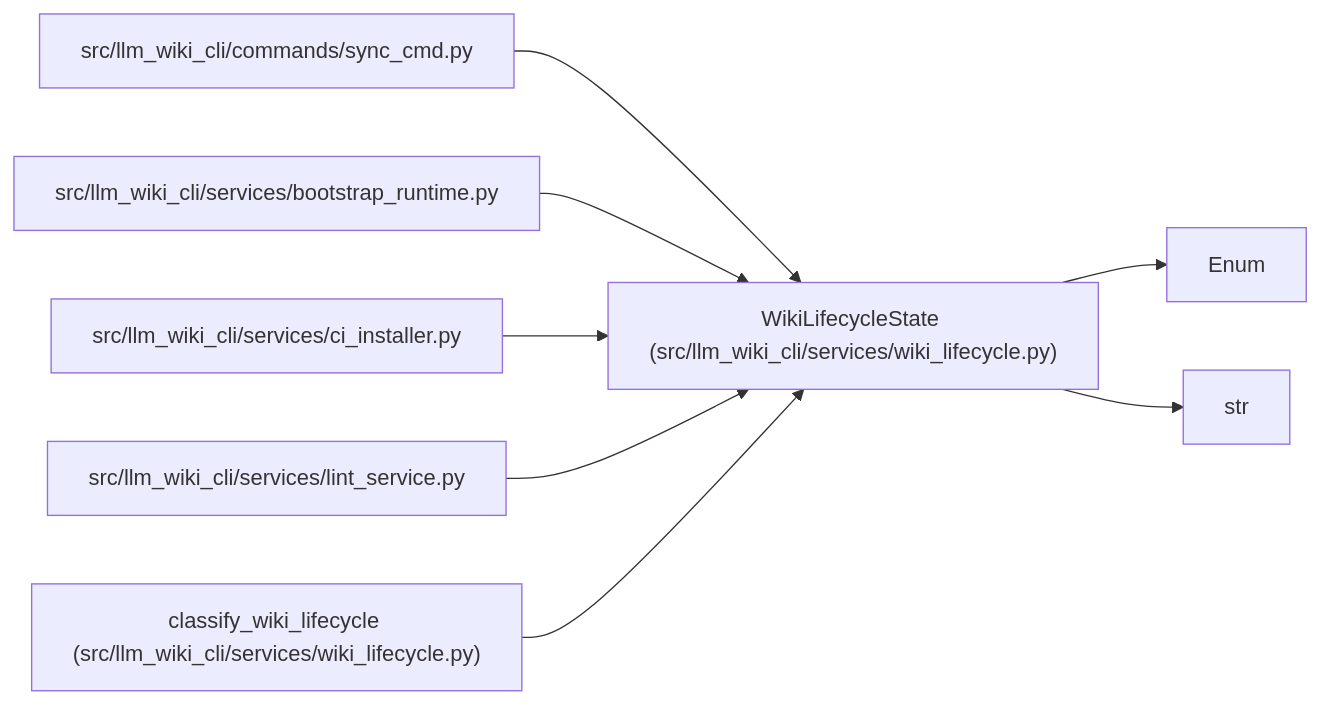
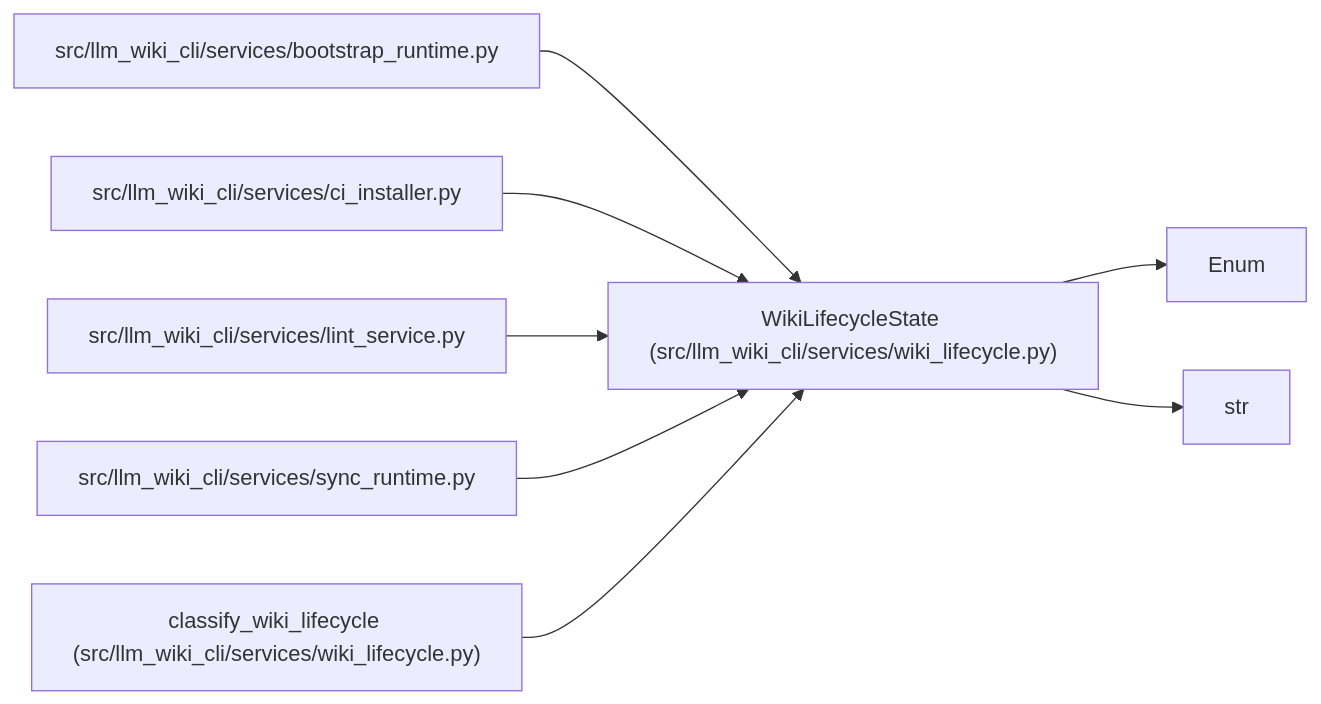
One commit to Denissvgn/python-wiki-llm changed the diagram in docs/llm_wiki/entities/WikiLifecycleState.md. Above: the diagram before and after it, drawn with Mermaid. The commit also changed other lines of this file and 1555 other files, not shown here.

````diff
--- a/docs/llm_wiki/entities/WikiLifecycleState.md
+++ b/docs/llm_wiki/entities/WikiLifecycleState.md
@@ -28,24 +28,24 @@
 ```mermaid
 flowchart LR
     n0["WikiLifecycleState (src/llm_wiki_cli/services/wiki_lifecycle.py)"]
     n1["Enum"]
     n2["str"]
-    n3["src/llm_wiki_cli/commands/sync_cmd.py"]
-    n4["src/llm_wiki_cli/services/bootstrap_runtime.py"]
-    n5["src/llm_wiki_cli/services/ci_installer.py"]
-    n6["src/llm_wiki_cli/services/lint_service.py"]
+    n3["src/llm_wiki_cli/services/bootstrap_runtime.py"]
+    n4["src/llm_wiki_cli/services/ci_installer.py"]
+    n5["src/llm_wiki_cli/services/lint_service.py"]
+    n6["src/llm_wiki_cli/services/sync_runtime.py"]
     n7["classify_wiki_lifecycle (src/llm_wiki_cli/services/wiki_lifecycle.py)"]
     n0 --> n1
     n0 --> n2
     n3 --> n0
     n4 --> n0
     n5 --> n0
     n6 --> n0
     n7 --> n0
     click n0 "../modules/wiki_lifecycle.md"
-    click n3 "../modules/sync_cmd.md"
-    click n4 "../modules/bootstrap_runtime.md"
-    click n5 "../modules/ci_installer.md"
-    click n6 "../modules/lint_service.md"
+    click n3 "../modules/bootstrap_runtime.md"
+    click n4 "../modules/ci_installer.md"
+    click n5 "../modules/lint_service.md"
+    click n6 "../modules/sync_runtime.md"
     click n7 "../modules/wiki_lifecycle.md"
 ```
````
